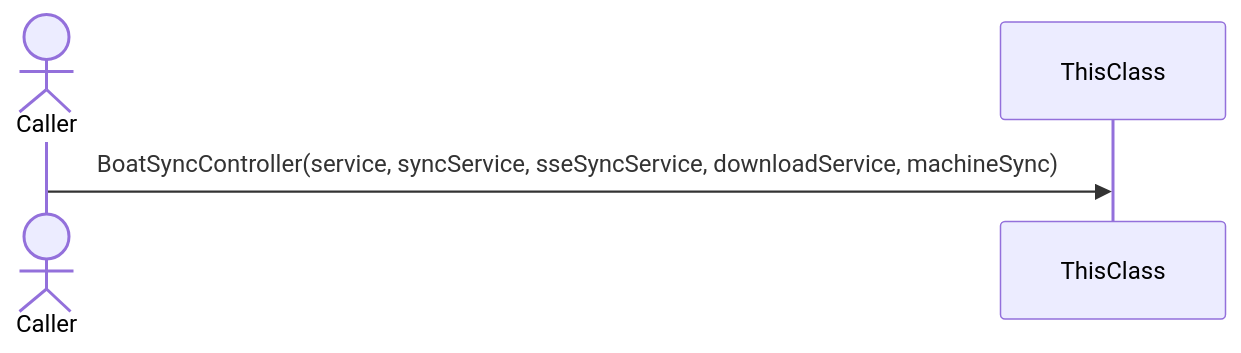
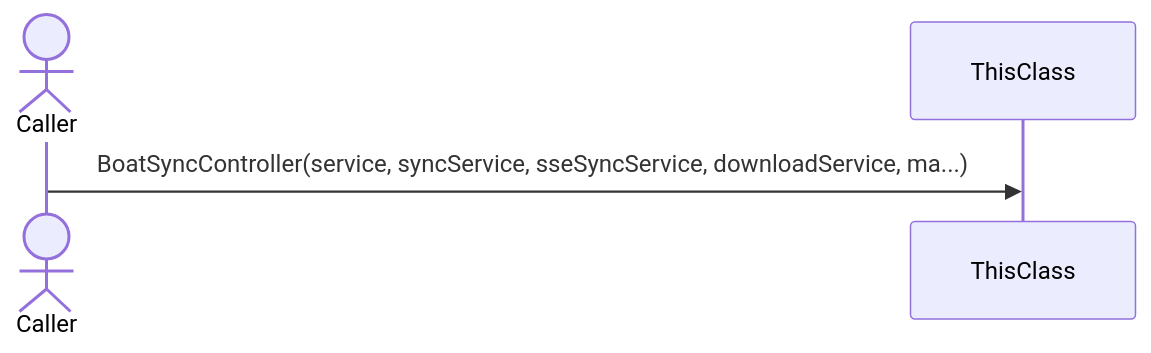
The second of 6 diagrams in docs/BoatSyncController.md (FelipeMCassiano/geanky), drawn with Mermaid before and after one commit. The commit also changed other lines of this file and 4 other files, not shown here.

````diff
--- a/docs/BoatSyncController.md
+++ b/docs/BoatSyncController.md
@@ -124,8 +124,8 @@
 ```mermaid
 sequenceDiagram
     actor Caller
     participant ThisClass
 
-    Caller->>ThisClass: BoatSyncController(service, syncService, sseSyncService, downloadService, machineSync)
+    Caller->>ThisClass: BoatSyncController(service, syncService, sseSyncService, downloadService, ma...)
 
 ```
````
